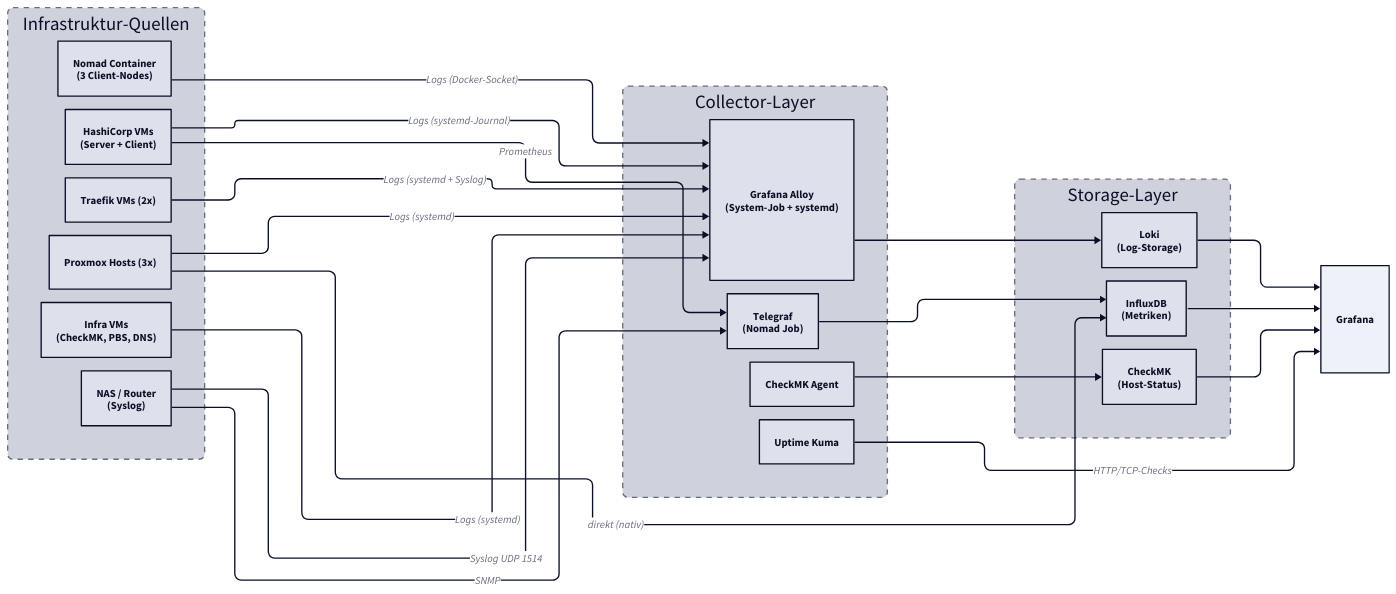
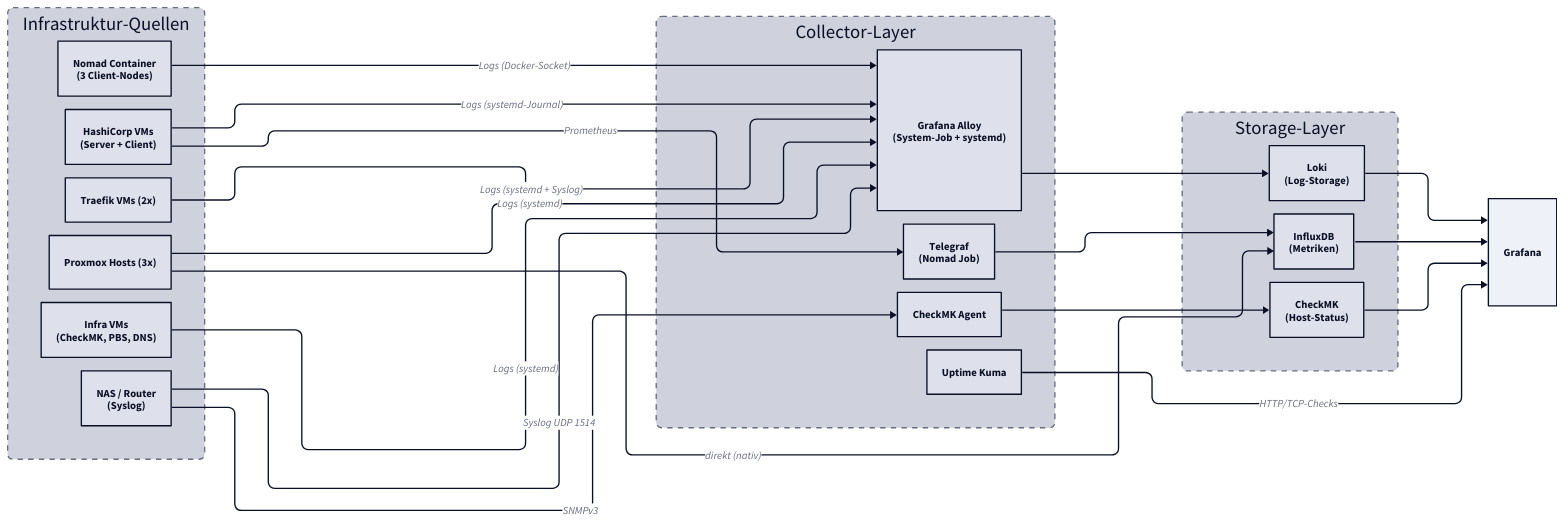
The second of 2 diagrams in docs/monitoring/index.md (derever-labs/homelab-wiki), drawn with D2 before and after one commit. The commit also changed other lines of this file and 5 other files, not shown here.

````diff
--- a/docs/monitoring/index.md
+++ b/docs/monitoring/index.md
@@ -258,65 +258,65 @@
 ```d2
 direction: right
 
 vars: {
   d2-config: {
     theme-id: 1
     layout-engine: elk
   }
 }
 
 classes: {
   container: {
     style: {
       border-radius: 8
       stroke-dash: 4
     }
   }
 }
 
 Sources: Infrastruktur-Quellen {
   class: container
   Containers: "Nomad Container\n(3 Client-Nodes)"
   Servers: "HashiCorp VMs\n(Server + Client)"
   Traefik: "Traefik VMs (2x)"
   Proxmox: "Proxmox Hosts (3x)"
   Infra: "Infra VMs\n(CheckMK, PBS, DNS)"
   NAS: "NAS / Router\n(Syslog)"
 }
 
 Collectors: Collector-Layer {
   class: container
   Alloy: "Grafana Alloy\n(System-Job + systemd)"
   Telegraf: "Telegraf\n(Nomad Job)"
   CMK: "CheckMK Agent"
   Kuma: "Uptime Kuma"
 }
 
 Storage: Storage-Layer {
   class: container
   Loki: "Loki\n(Log-Storage)"
   Influx: "InfluxDB\n(Metriken)"
   CheckMK: "CheckMK\n(Host-Status)"
 }
 
 GRAF: Grafana
 
 Sources.Containers -> Collectors.Alloy: Logs (Docker-Socket)
 Sources.Servers -> Collectors.Alloy: Logs (systemd-Journal)
 Sources.Traefik -> Collectors.Alloy: Logs (systemd + Syslog)
 Sources.Proxmox -> Collectors.Alloy: Logs (systemd)
 Sources.Infra -> Collectors.Alloy: Logs (systemd)
 Sources.NAS -> Collectors.Alloy: Syslog UDP 1514
-Sources.NAS -> Collectors.Telegraf: SNMP
+Sources.NAS -> Collectors.CMK: SNMPv3
 Sources.Servers -> Collectors.Telegraf: Prometheus
 Sources.Proxmox -> Storage.Influx: direkt (nativ)
 
 Collectors.Alloy -> Storage.Loki
 Collectors.Telegraf -> Storage.Influx
 Collectors.CMK -> Storage.CheckMK
 Collectors.Kuma -> GRAF: "HTTP/TCP-Checks"
 
 Storage.Loki -> GRAF
 Storage.Influx -> GRAF
 Storage.CheckMK -> GRAF
 ```
````
